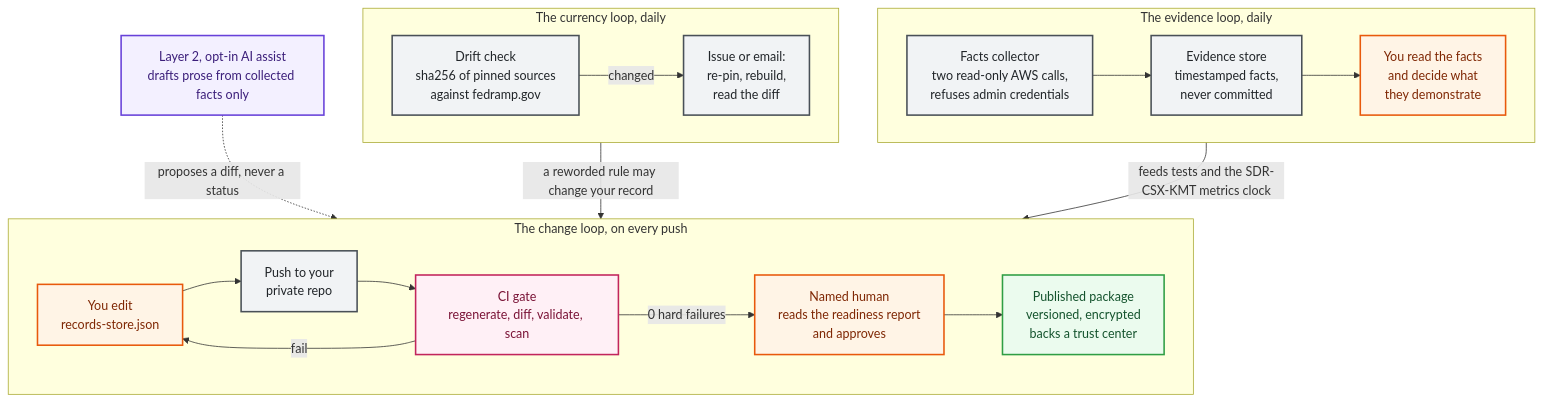
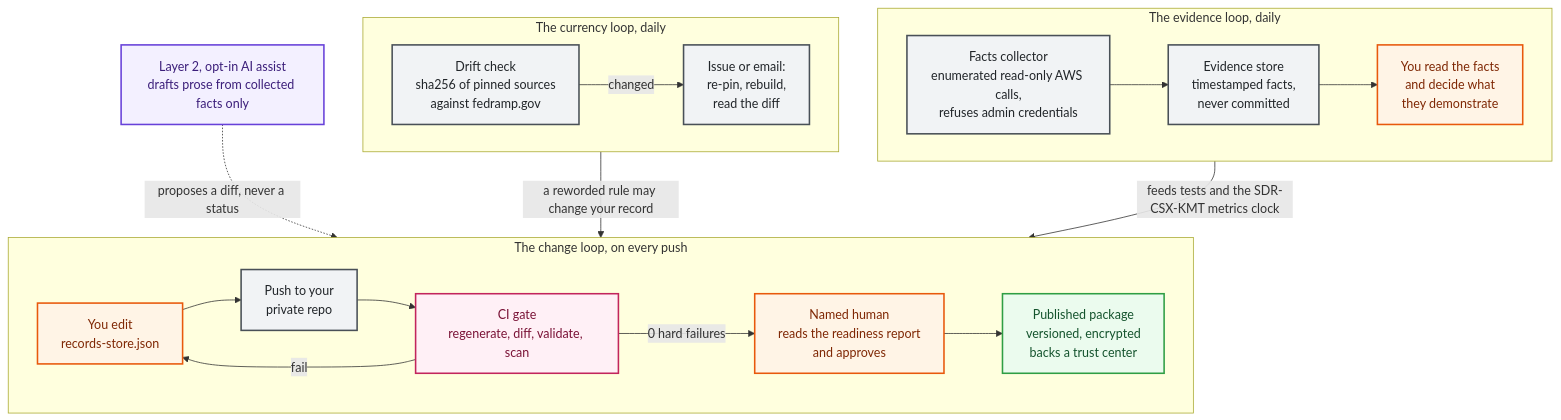
The third of 3 diagrams in docs/architecture.md (satishuv/FEDRAMP-20x-SDR-Documentation), drawn with Mermaid before and after one commit. The commit also changed other lines of this file and 56 other files, not shown here.

````diff
--- a/docs/architecture.md
+++ b/docs/architecture.md
@@ -118,37 +118,37 @@
 ```mermaid
 flowchart TB
     subgraph change["The change loop, on every push"]
         direction LR
         DEVX["You edit<br/>records-store.json"] --> GIT["Push to your<br/>private repo"]
         GIT --> CI["CI gate<br/>regenerate, diff, validate, scan"]
         CI -->|0 hard failures| HUM["Named human<br/>reads the readiness report<br/>and approves"]
         CI -->|fail| DEVX
         HUM --> PUB["Published package<br/>versioned, encrypted<br/>backs a trust center"]
     end
 
     subgraph evidence["The evidence loop, daily"]
         direction LR
-        COLL["Facts collector<br/>two read-only AWS calls,<br/>refuses admin credentials"] --> EV["Evidence store<br/>timestamped facts,<br/>never committed"]
+        COLL["Facts collector<br/>enumerated read-only AWS calls,<br/>refuses admin credentials"] --> EV["Evidence store<br/>timestamped facts,<br/>never committed"]
         EV --> READ["You read the facts<br/>and decide what<br/>they demonstrate"]
     end
 
     subgraph currency["The currency loop, daily"]
         direction LR
         DRIFT["Drift check<br/>sha256 of pinned sources<br/>against fedramp.gov"] -->|changed| ALERT["Issue or email:<br/>re-pin, rebuild,<br/>read the diff"]
     end
 
     READ -->|feeds tests and the SDR-CSX-KMT metrics clock| DEVX
     ALERT -->|a reworded rule may change your record| DEVX
     LLM["Layer 2, opt-in AI assist<br/>drafts prose from collected facts only"] -.->|proposes a diff, never a status| DEVX
 
     classDef you fill:#fff4e6,stroke:#e8590c,stroke-width:2px,color:#7f2704
     classDef step fill:#f1f3f5,stroke:#495057,stroke-width:2px,color:#212529
     classDef gate fill:#fff0f6,stroke:#c2255c,stroke-width:2px,color:#7a1236
     classDef out fill:#ebfbee,stroke:#2f9e44,stroke-width:2px,color:#14532d
     classDef plan fill:#f3f0ff,stroke:#6741d9,stroke-width:2px,color:#3b1e7a
     class DEVX,READ,HUM you
     class GIT,COLL,EV,DRIFT,ALERT step
     class CI gate
     class PUB out
     class LLM plan
 ```
````
